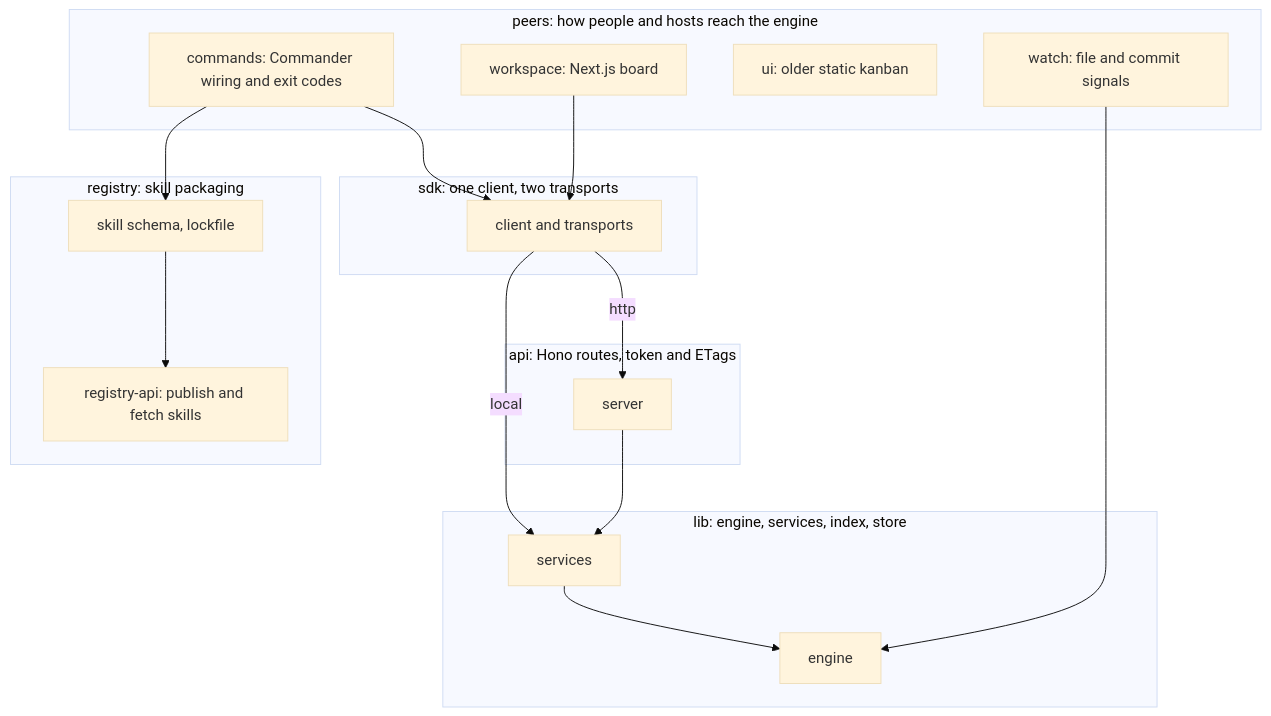
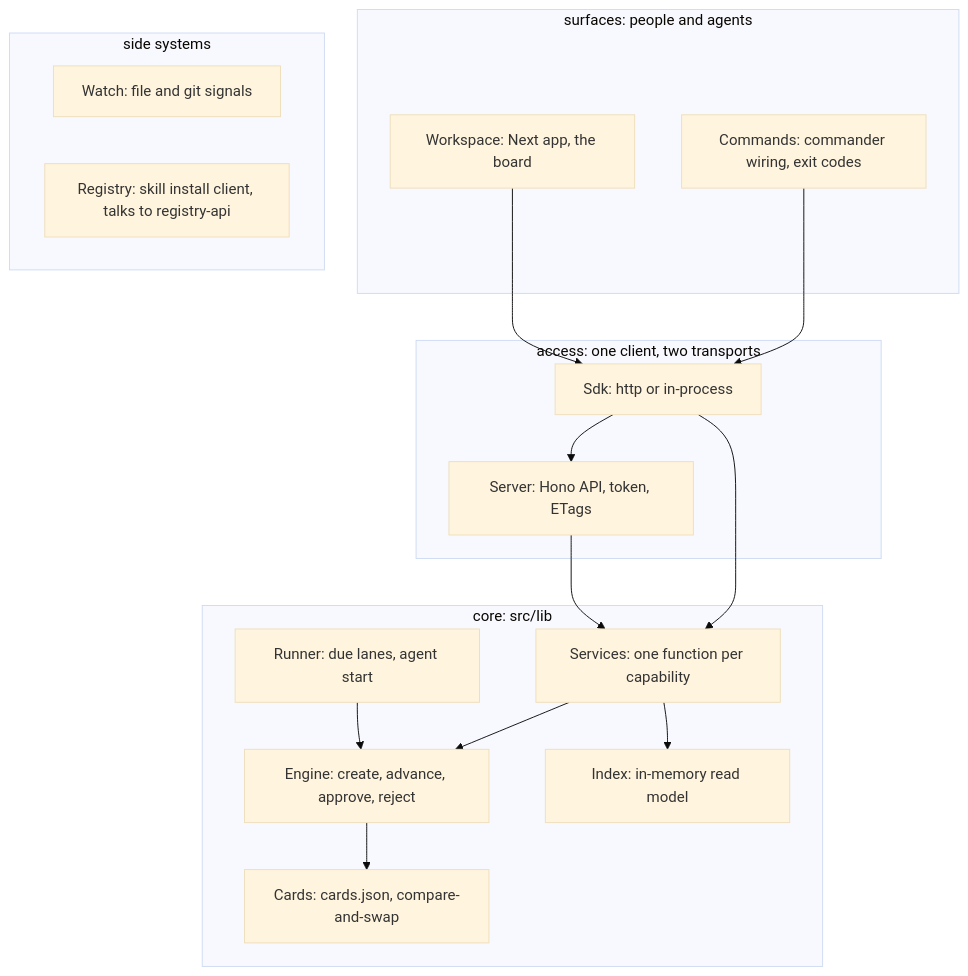
One commit to sixfactors/codeloop changed the diagram in .codeloop/wiki/architecture/overview.md. Above: the diagram before and after it, drawn with Mermaid (base theme). The commit also changed other lines of this file and 52 other files, not shown here.

First line of the commit message:
feat(wiki): one wiki shape codeloop owns, with deeper agent-written pages

````diff
--- a/.codeloop/wiki/architecture/overview.md
+++ b/.codeloop/wiki/architecture/overview.md
@@ -5,42 +5,41 @@
 ```mermaid
 flowchart TB
-  subgraph Peers["peers: how people and hosts reach the engine"]
-    Cmd["commands: Commander wiring and exit codes"]
-    Board["workspace: Next.js board"]
-    Kanban["ui: older static kanban"]
-    Watch["watch: file and commit signals"]
+  subgraph Surfaces["surfaces: people and agents"]
+    Cmd["Commands: commander wiring, exit codes"]
+    Wsp["Workspace: Next app, the board"]
   end
-  subgraph Sdk["sdk: one client, two transports"]
-    Client["client and transports"]
+  subgraph Access["access: one client, two transports"]
+    Sdk["Sdk: http or in-process"]
+    Srv["Server: Hono API, token, ETags"]
   end
-  subgraph Api["api: Hono routes, token and ETags"]
-    Server["server"]
+  subgraph Core["core: src/lib"]
+    Svc["Services: one function per capability"]
+    Eng["Engine: create, advance, approve, reject"]
+    Run["Runner: due lanes, agent start"]
+    Cards["Cards: cards.json, compare-and-swap"]
+    Idx["Index: in-memory read model"]
   end
-  subgraph Engine["lib: engine, services, index, store"]
-    Services["services"]
-    Eng["engine"]
+  subgraph Side["side systems"]
+    Wch["Watch: file and git signals"]
+    Reg["Registry: skill install client, talks to registry-api"]
   end
-  subgraph Reg["registry: skill packaging"]
-    Skills["skill schema, lockfile"]
-    RegApi["registry-api: publish and fetch skills"]
-  end
-  Cmd --> Client
-  Board --> Client
-  Client -->|http| Server
-  Client -->|local| Services
-  Server --> Services
-  Services --> Eng
-  Watch --> Eng
-  Cmd --> Skills
-  Skills --> RegApi
+  Cmd --> Sdk
+  Wsp --> Sdk
+  Sdk --> Srv
+  Sdk --> Svc
+  Srv --> Svc
+  Svc --> Eng
+  Svc --> Idx
+  Run --> Eng
+  Eng --> Cards
   click Cmd "src/commands/card.ts"
-  click Board "workspace/lib/api.ts"
-  click Kanban "ui/app/page.tsx"
-  click Watch "src/watch/index.ts"
-  click Client "src/sdk/client.ts"
-  click Server "src/lib/server.ts"
-  click Services "src/lib/services.ts"
+  click Sdk "src/sdk/client.ts"
+  click Srv "src/lib/server.ts"
+  click Svc "src/lib/services.ts"
   click Eng "src/lib/engine.ts"
-  click Skills "src/registry/index.ts"
-  click RegApi "registry-api/lib/db.ts"
+  click Run "src/lib/run.ts"
+  click Cards "src/lib/cards.ts"
+  click Idx "src/lib/index/index.ts"
+  click Wch "src/watch/index.ts"
+  click Reg "src/registry/index.ts"
 ```
````
